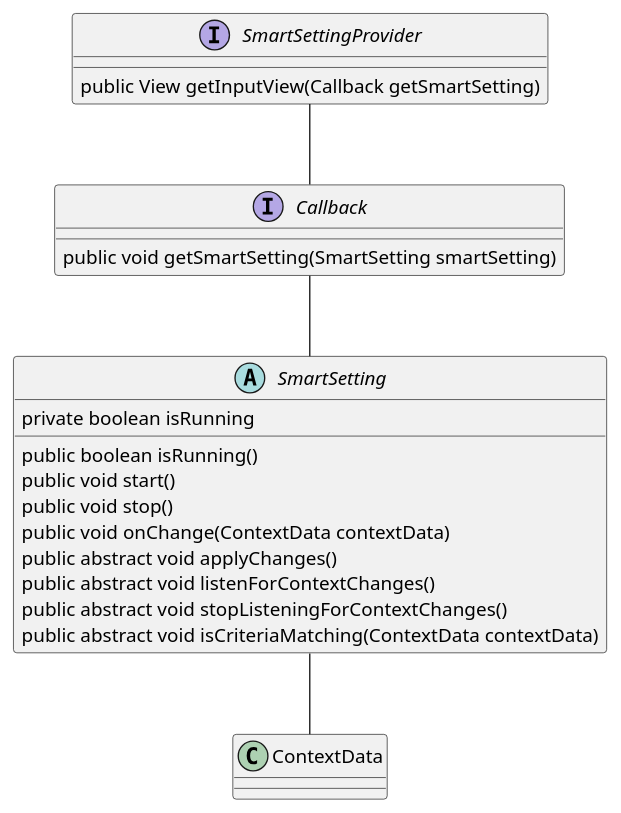
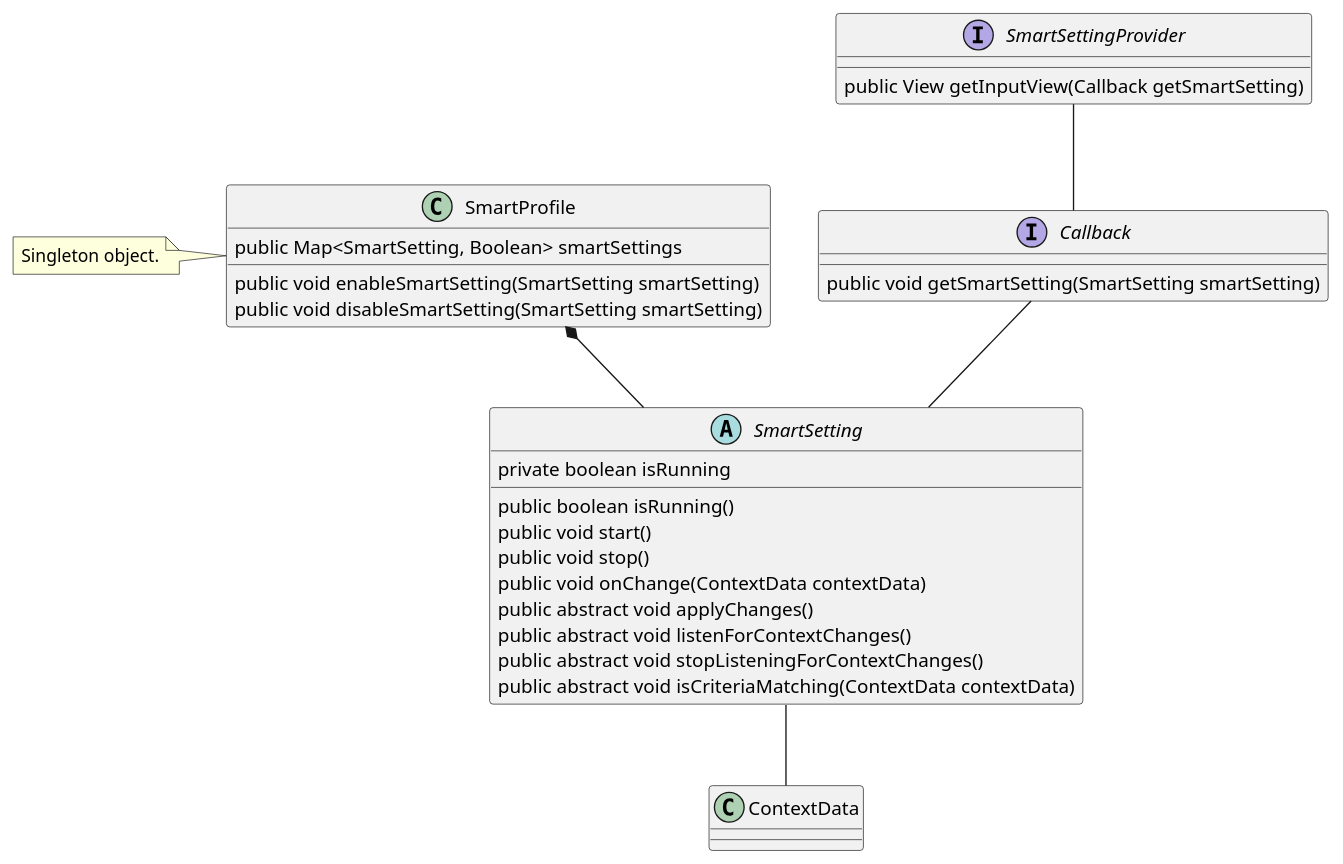
The diagram in MDD/class_diagram.puml (praslnx8/SmartSettings), drawn with PlantUML before and after one commit. The commit also changed 1 other file, not shown here.

Commit message:
Added smart profile in class diagram

```diff
--- a/MDD/class_diagram.puml
+++ b/MDD/class_diagram.puml
@@ -1,35 +1,45 @@
 @startuml
 
 class ContextData {
 
 }
 
 abstract class SmartSetting {
     private boolean isRunning
     public boolean isRunning()
     public void start()
     public void stop()
     public void onChange(ContextData contextData)
     public abstract void applyChanges()
     public abstract void listenForContextChanges()
     public abstract void stopListeningForContextChanges()
     public abstract void isCriteriaMatching(ContextData contextData)
 }
 
 SmartSetting -- ContextData
 
 interface SmartSettingProvider {
     public View getInputView(Callback getSmartSetting)
 }
 
 interface Callback {
     public void getSmartSetting(SmartSetting smartSetting)
 }
 
 Callback -- SmartSetting
 
 SmartSettingProvider -- Callback
 
+class SmartProfile {
+    public Map<SmartSetting, Boolean> smartSettings
+    public void enableSmartSetting(SmartSetting smartSetting)
+    public void disableSmartSetting(SmartSetting smartSetting)
+}
 
+note left of SmartProfile
+Singleton object.
+end note
+
+SmartProfile *-- SmartSetting
 
 @enduml
```
